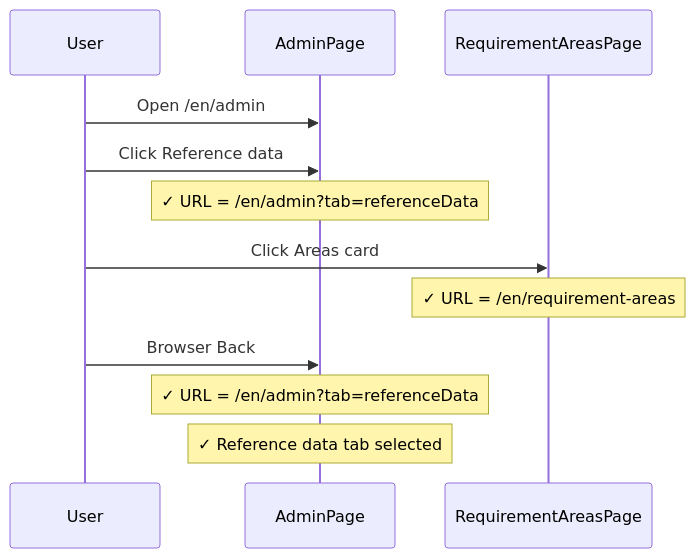
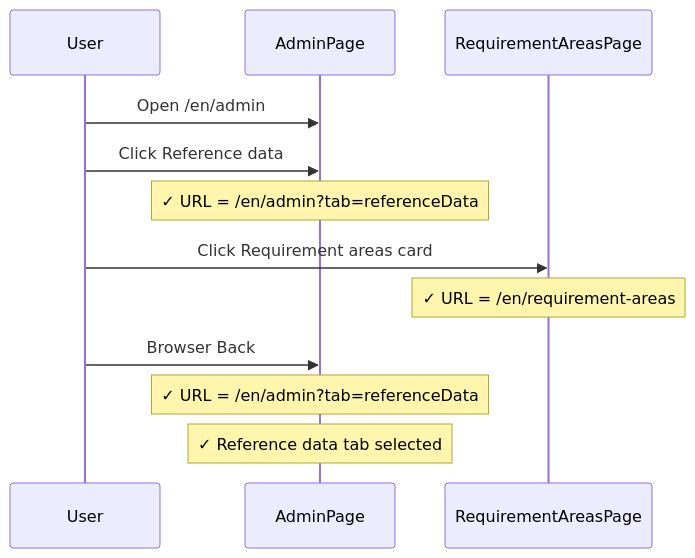
One commit to viscalyx/Kravhantering changed the fifth of 7 diagrams in tests/integration/admin-entrypoint.md. Above: the diagram before and after it, drawn with Mermaid. The commit also changed other lines of this file and 121 other files, not shown here.

````diff
--- a/tests/integration/admin-entrypoint.md
+++ b/tests/integration/admin-entrypoint.md
@@ -190,15 +190,15 @@
 ```mermaid
 sequenceDiagram
     participant U as User
     participant A as AdminPage
     participant R as RequirementAreasPage
 
     U->>A: Open /en/admin
     U->>A: Click Reference data
     Note over A: ✓ URL = /en/admin?tab=referenceData
-    U->>R: Click Areas card
+    U->>R: Click Requirement areas card
     Note over R: ✓ URL = /en/requirement-areas
     U->>A: Browser Back
     Note over A: ✓ URL = /en/admin?tab=referenceData
     Note over A: ✓ Reference data tab selected
 ```
````
